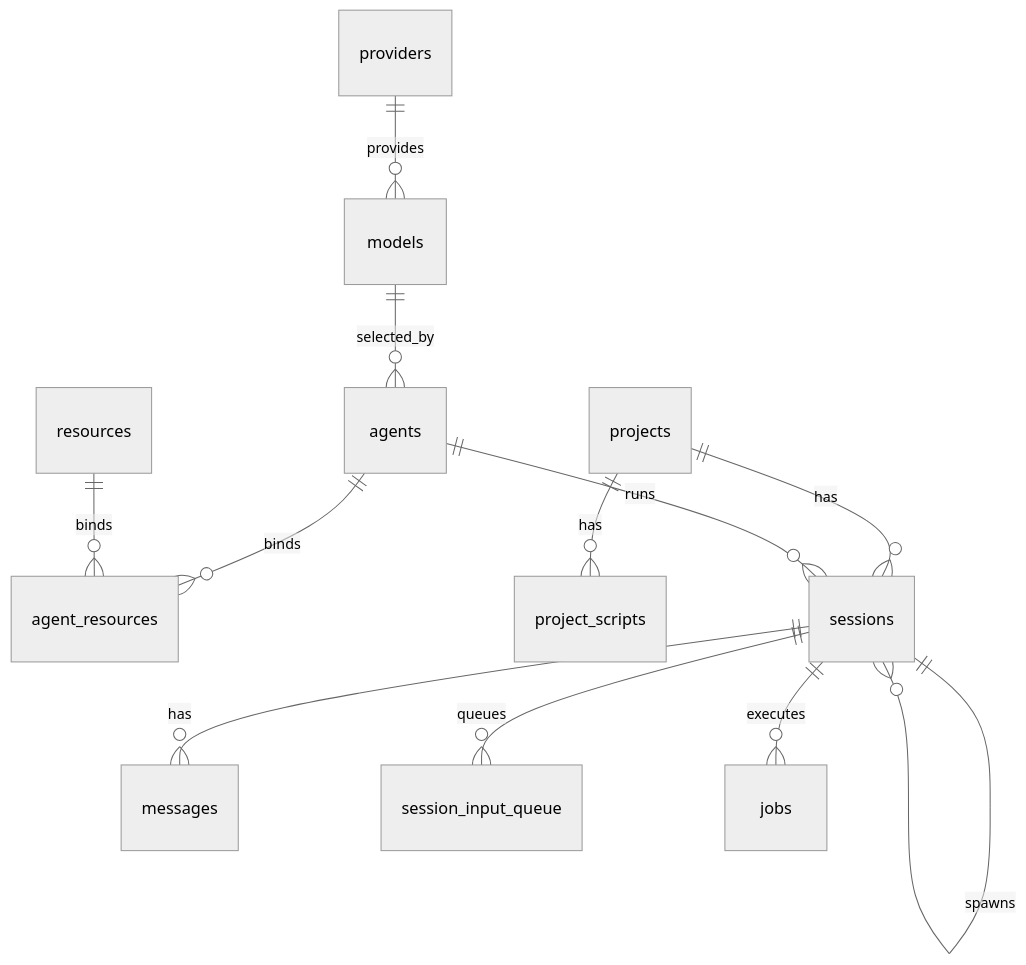
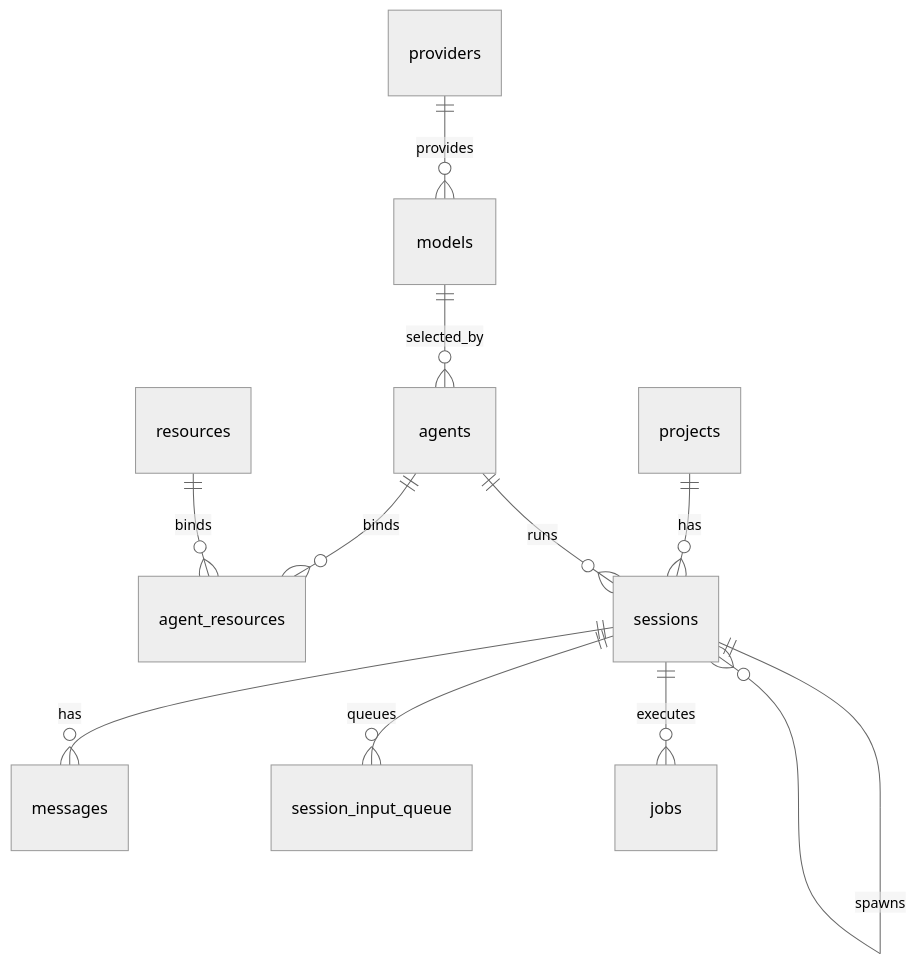
One commit to fgsreally/supervisor changed the diagram in docs/supervisor/schema-reference.md. Above: the diagram before and after it, drawn with Mermaid (neutral theme). The commit also changed other lines of this file and 254 other files, not shown here.

````diff
--- a/docs/supervisor/schema-reference.md
+++ b/docs/supervisor/schema-reference.md
@@ -170,14 +170,13 @@
 ```mermaid
 erDiagram
   providers ||--o{ models : provides
   models ||--o{ agents : selected_by
   agents ||--o{ agent_resources : binds
   resources ||--o{ agent_resources : binds
-  projects ||--o{ project_scripts : has
   projects ||--o{ sessions : has
   agents ||--o{ sessions : runs
   sessions ||--o{ sessions : spawns
   sessions ||--o{ messages : has
   sessions ||--o{ session_input_queue : queues
   sessions ||--o{ jobs : executes
 ```
````
